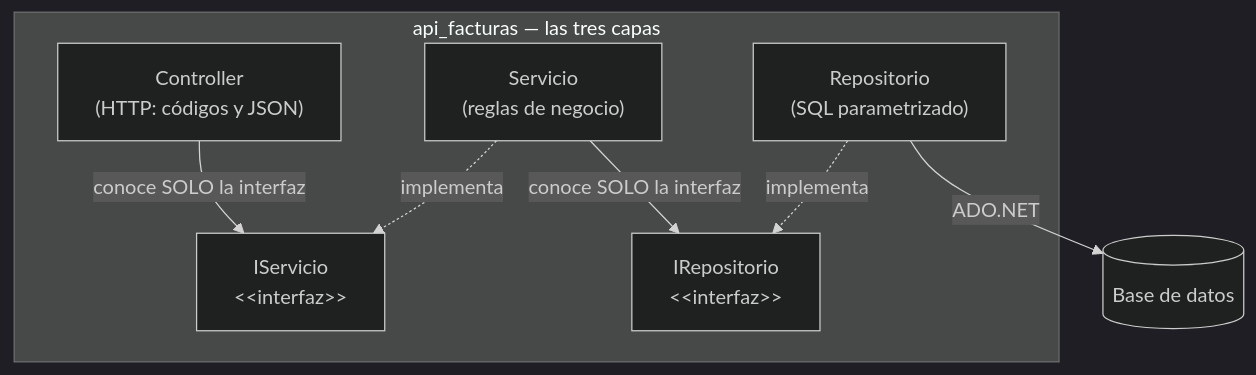
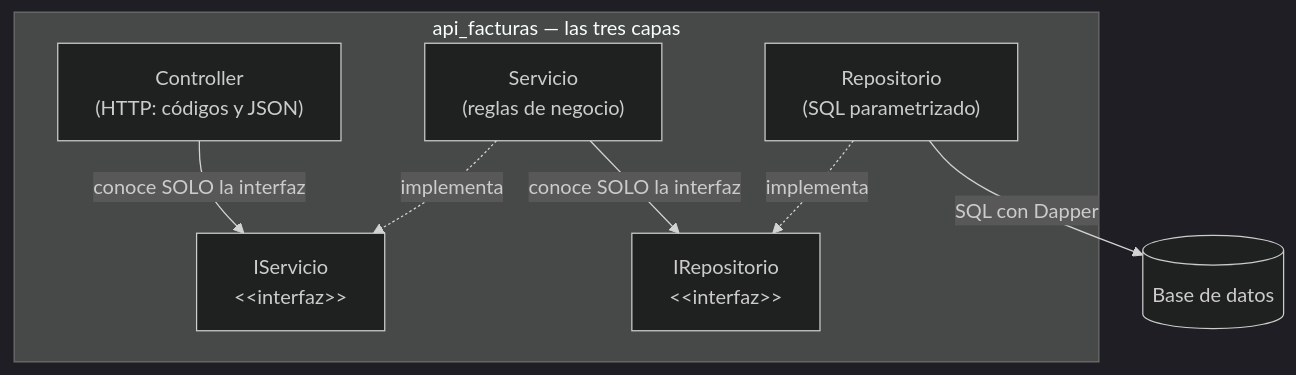
The diagram in docs/spec_kit/1_constitution.md (ccastro2050/proyecto_diseno_de_software1), drawn with Mermaid (dark theme) before and after one commit. The commit also changed other lines of this file and 7 other files, not shown here.

````diff
--- a/docs/spec_kit/1_constitution.md
+++ b/docs/spec_kit/1_constitution.md
@@ -56,16 +58,16 @@
 ```mermaid
 flowchart TB
     subgraph API["api_facturas — las tres capas"]
         C["Controller<br/>(HTTP: códigos y JSON)"]
         IS["IServicio<br/>&lt;&lt;interfaz&gt;&gt;"]
         S["Servicio<br/>(reglas de negocio)"]
         IR["IRepositorio<br/>&lt;&lt;interfaz&gt;&gt;"]
         R["Repositorio<br/>(SQL parametrizado)"]
     end
     BD[("Base de datos")]
     C -->|"conoce SOLO la interfaz"| IS
     S -.->|implementa| IS
     S -->|"conoce SOLO la interfaz"| IR
     R -.->|implementa| IR
-    R -->|"ADO.NET"| BD
+    R -->|"SQL con Dapper"| BD
 ```
````
